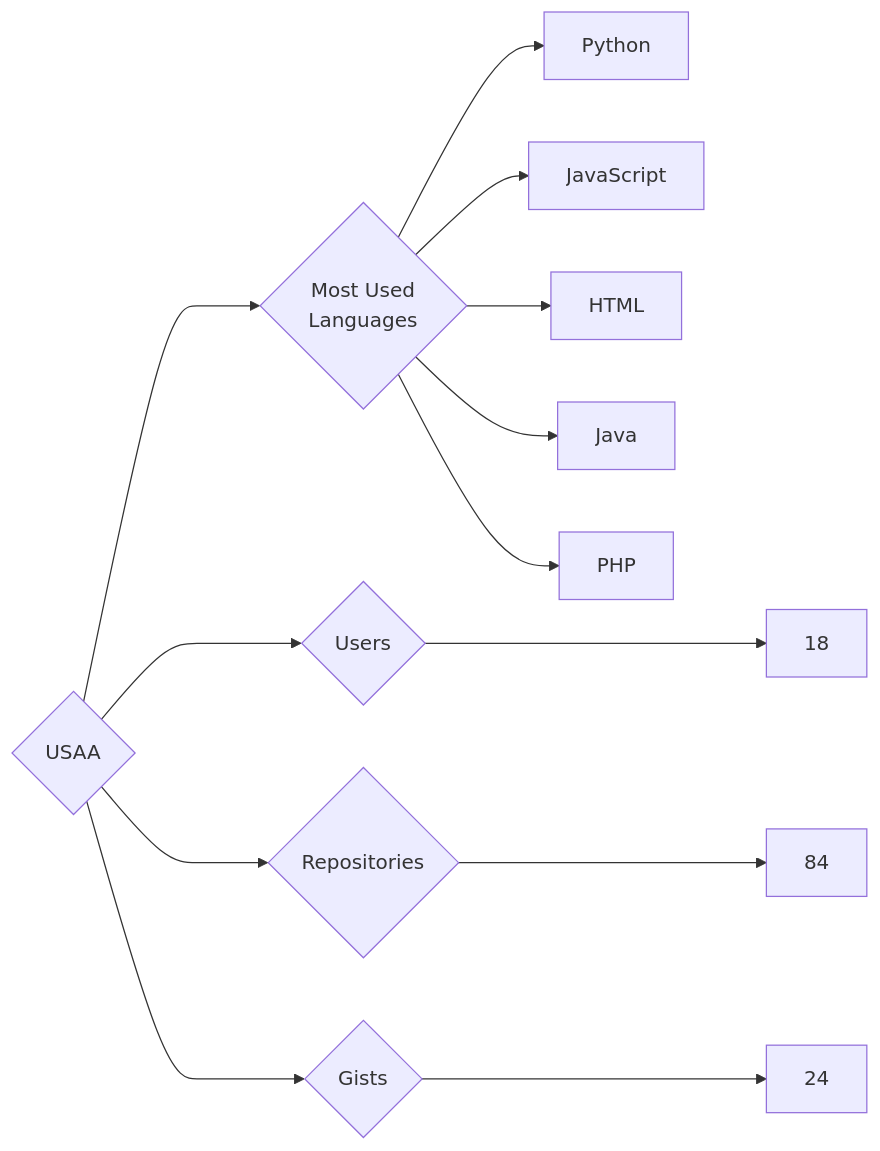
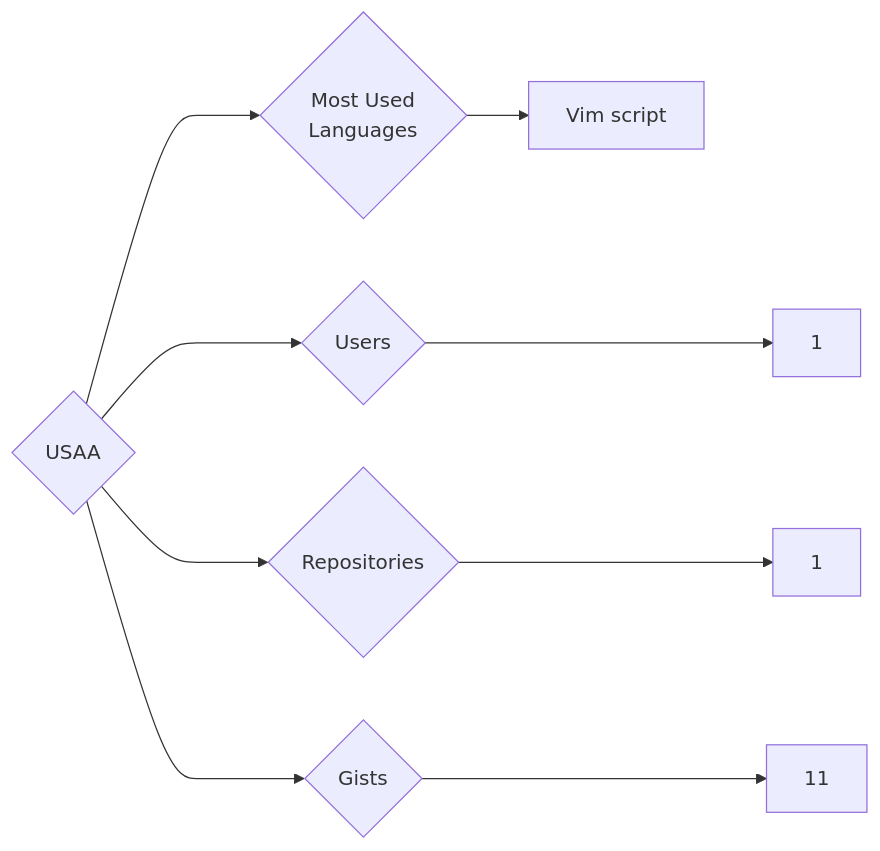
Before and after one commit to trickest/insiders: the diagram in targets/USAA/README.md, drawn with Mermaid. The commit also changed 860 other files, not shown here.

````diff
--- a/targets/USAA/README.md
+++ b/targets/USAA/README.md
@@ -3,13 +3,9 @@
 ```mermaid
 graph LR
 COMPANY_NAME{USAA}
-COMPANY_NAME ---> U{Users} ---> UN[18]
-COMPANY_NAME ---> R{Repositories} ---> RN[84]
-COMPANY_NAME ---> G{Gists} ---> GN[24]
+COMPANY_NAME ---> U{Users} ---> UN[1]
+COMPANY_NAME ---> R{Repositories} ---> RN[1]
+COMPANY_NAME ---> G{Gists} ---> GN[11]
 COMPANY_NAME ---> ML{Most Used<br>Languages}
-ML --> Python[Python]
-ML --> JavaScript[JavaScript]
-ML --> HTML[HTML]
-ML --> Java[Java]
-ML --> PHP[PHP]
+ML --> Vim_script[Vim script]
 ```
````
